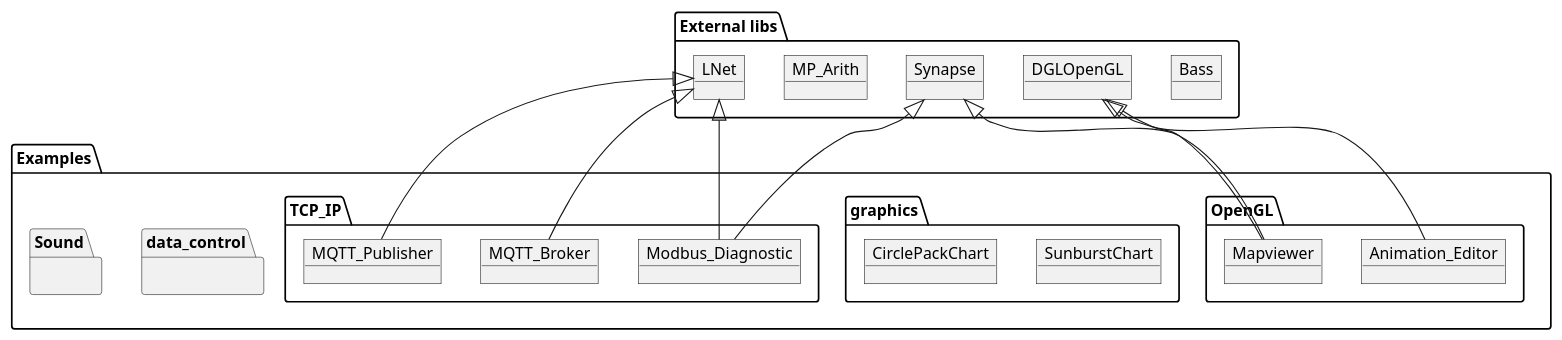
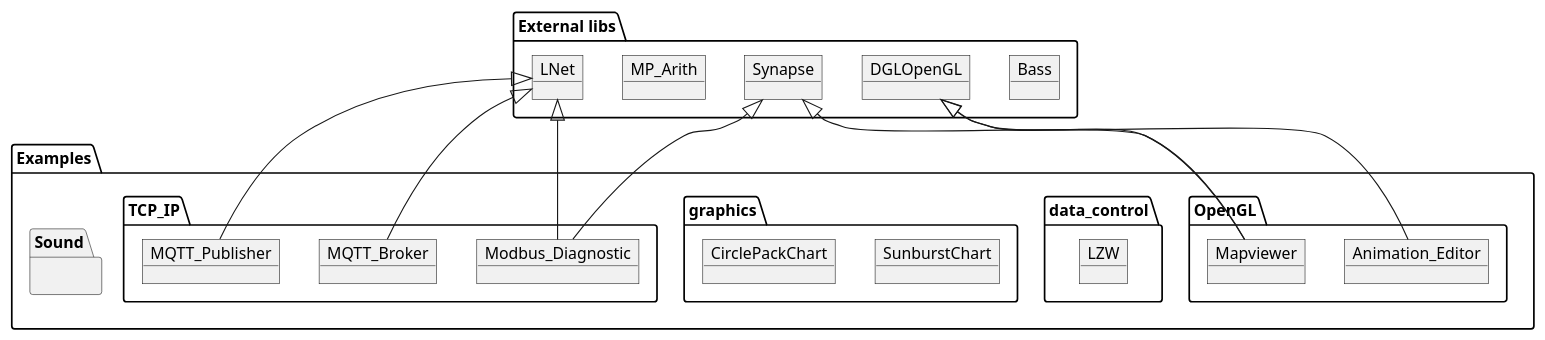
Before and after one commit to PascalCorpsman/Examples: the diagram in overview.plantuml, drawn with PlantUML. The commit also changed 2 other files, not shown here.

```diff
--- a/overview.plantuml
+++ b/overview.plantuml
@@ -2,39 +2,40 @@
 @startuml
 
 package "Examples" {
   package "OpenGL" {
    object Mapviewer
    object Animation_Editor
   }
   package "data_control" {
+    object LZW
   }
   package "graphics" {
    object SunburstChart
    object CirclePackChart
   }
   package "TCP_IP" {
    object MQTT_Broker
    object MQTT_Publisher
    object Modbus_Diagnostic
   }
   package "Sound" {
    
   }
 }
 
 package "External libs" {
 object Bass
 object DGLOpenGL
 object LNet 
 object MP_Arith
 object Synapse
 Synapse <|-- Mapviewer 
 DGLOpenGL <|-- Mapviewer 
 DGLOpenGL <|-- Animation_Editor 
 Synapse <|-- Modbus_Diagnostic
 LNet <|-- Modbus_Diagnostic
 LNet <|-- MQTT_Publisher
 LNet <|-- MQTT_Broker
 }
 
 @enduml
```
